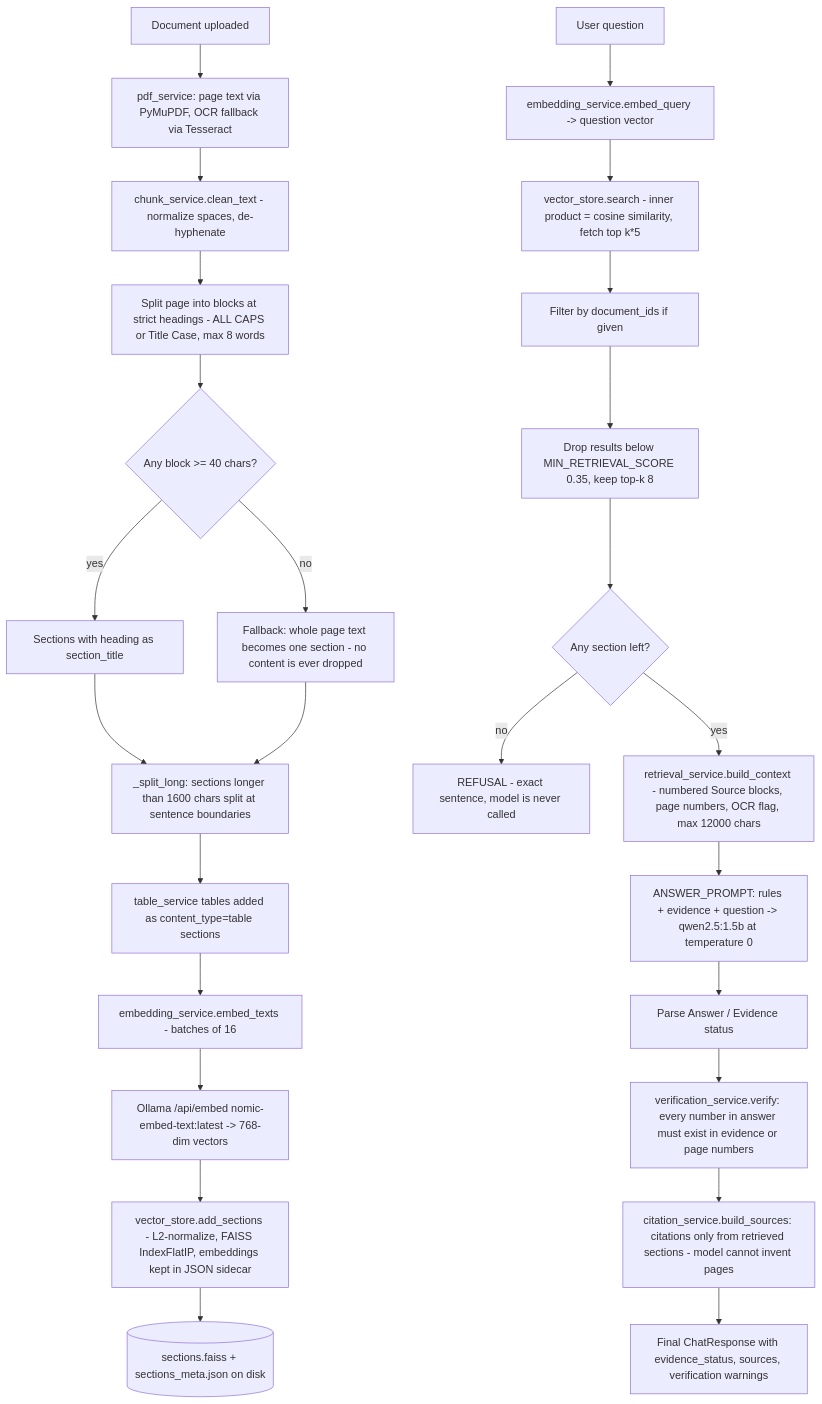
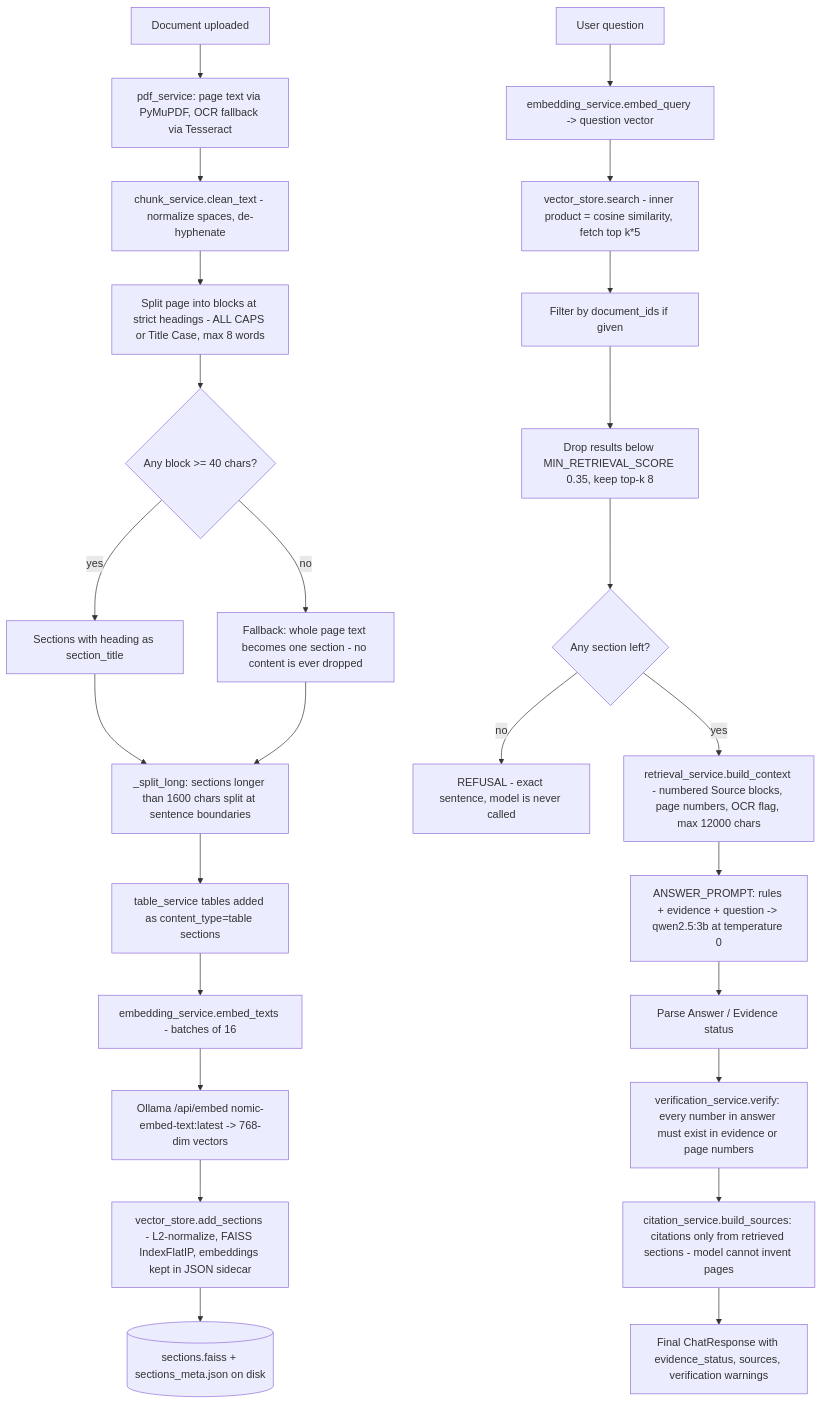
The diagram in docs/flowcharts/rag-flow.mmd (abinash123hg/retrieval-augmented-vision-ai-assistant), drawn with Mermaid before and after one commit. The commit also changed 12 other files, not shown here.

```diff
--- a/docs/flowcharts/rag-flow.mmd
+++ b/docs/flowcharts/rag-flow.mmd
@@ -1,27 +1,27 @@
 flowchart TD
     A[Document uploaded] --> B[pdf_service: page text via PyMuPDF, OCR fallback via Tesseract]
     B --> C[chunk_service.clean_text - normalize spaces, de-hyphenate]
     C --> D[Split page into blocks at strict headings - ALL CAPS or Title Case, max 8 words]
     D --> E{Any block >= 40 chars?}
     E -->|yes| F[Sections with heading as section_title]
     E -->|no| G[Fallback: whole page text becomes one section - no content is ever dropped]
     F --> H[_split_long: sections longer than 1600 chars split at sentence boundaries]
     G --> H
     H --> I[table_service tables added as content_type=table sections]
     I --> J[embedding_service.embed_texts - batches of 16]
     J --> K[Ollama /api/embed nomic-embed-text:latest -> 768-dim vectors]
     K --> L[vector_store.add_sections - L2-normalize, FAISS IndexFlatIP, embeddings kept in JSON sidecar]
     L --> M[(sections.faiss + sections_meta.json on disk)]
 
     N[User question] --> O[embedding_service.embed_query -> question vector]
     O --> P[vector_store.search - inner product = cosine similarity, fetch top k*5]
     P --> Q[Filter by document_ids if given]
     Q --> R[Drop results below MIN_RETRIEVAL_SCORE 0.35, keep top-k 8]
     R --> S{Any section left?}
     S -->|no| T[REFUSAL - exact sentence, model is never called]
     S -->|yes| U[retrieval_service.build_context - numbered Source blocks, page numbers, OCR flag, max 12000 chars]
-    U --> V[ANSWER_PROMPT: rules + evidence + question -> qwen2.5:1.5b at temperature 0]
+    U --> V[ANSWER_PROMPT: rules + evidence + question -> qwen2.5:3b at temperature 0]
     V --> W[Parse Answer / Evidence status]
     W --> X[verification_service.verify: every number in answer must exist in evidence or page numbers]
     X --> Y[citation_service.build_sources: citations only from retrieved sections - model cannot invent pages]
     Y --> Z[Final ChatResponse with evidence_status, sources, verification warnings]
```
